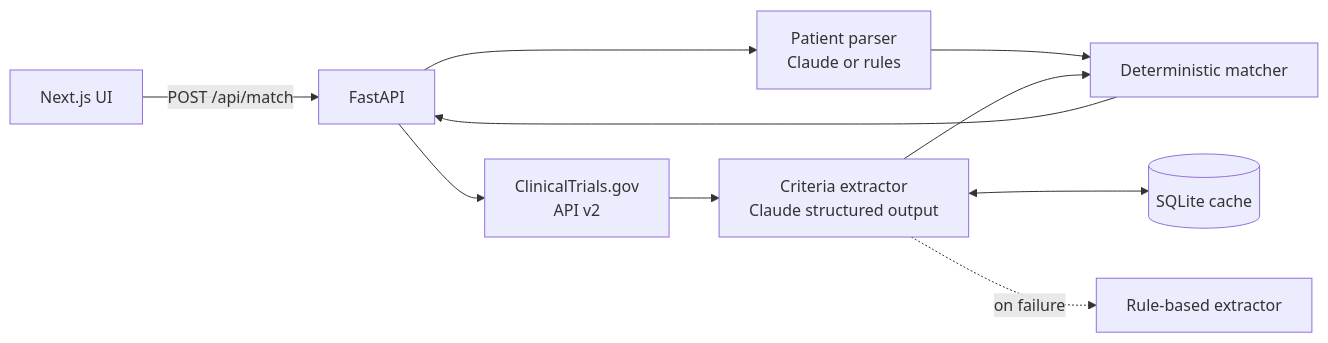
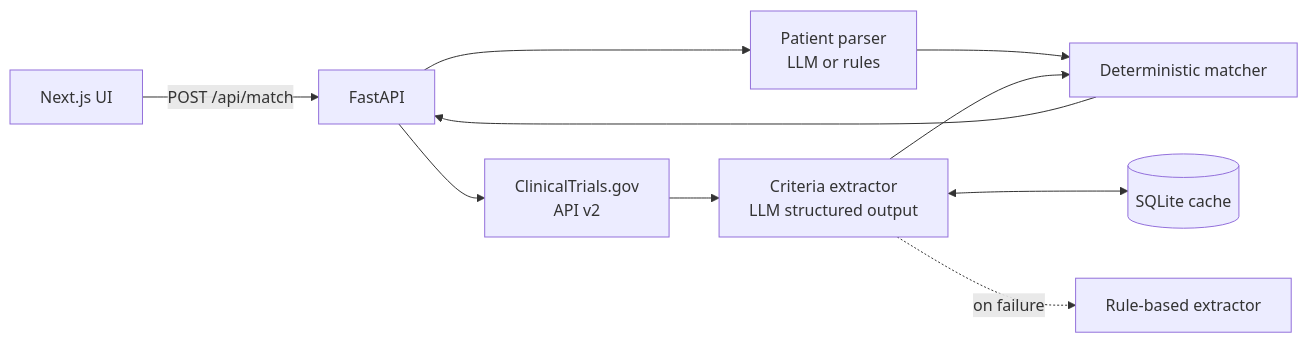
Before and after one commit to jeetparekh16/ai-clinical-trial-matcher: the diagram in README.md, drawn with Mermaid. The commit also changed other lines of this file and 7 other files, not shown here.

````diff
--- a/README.md
+++ b/README.md
@@ -35,12 +35,12 @@
 ```mermaid
 flowchart LR
     U["Next.js UI"] -- "POST /api/match" --> A["FastAPI"]
-    A --> PP["Patient parser<br/>Claude or rules"]
+    A --> PP["Patient parser<br/>LLM or rules"]
     A --> CT["ClinicalTrials.gov<br/>API v2"]
-    CT --> EX["Criteria extractor<br/>Claude structured output"]
+    CT --> EX["Criteria extractor<br/>LLM structured output"]
     EX <--> C[("SQLite cache")]
     EX -. "on failure" .-> R["Rule-based extractor"]
     PP --> M["Deterministic matcher"]
     EX --> M
     M --> A
 ```
````
